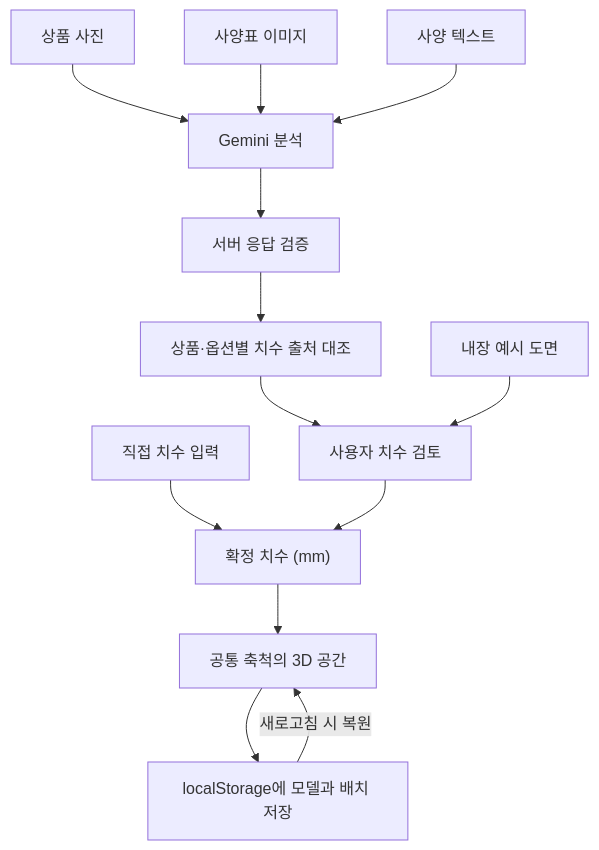
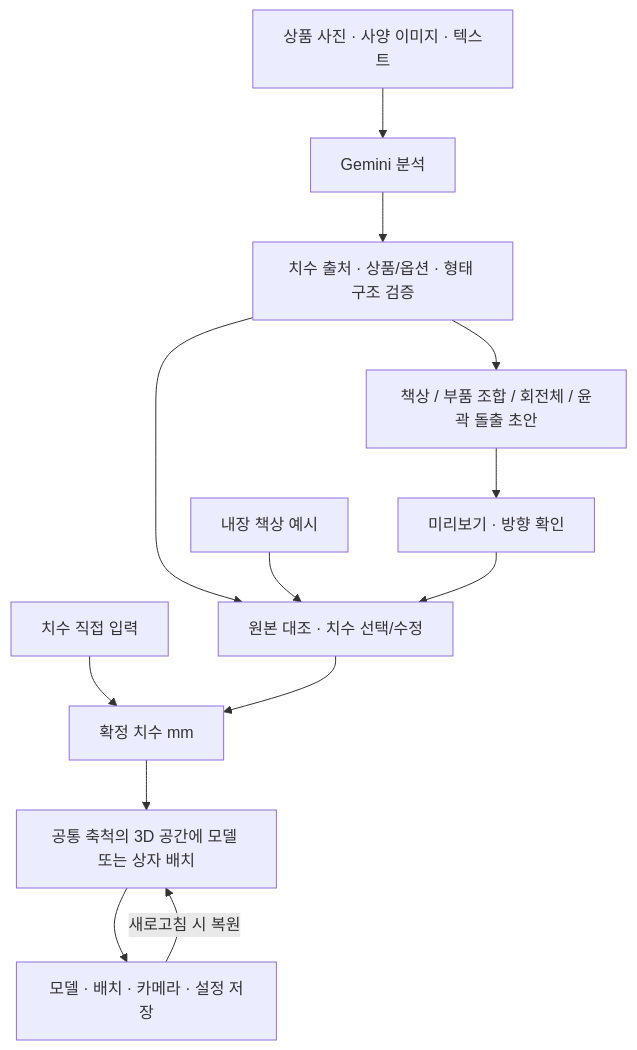
The diagram in README.md (pjb0318/NoRuler), drawn with Mermaid before and after one commit. The commit also changed other lines of this file and 9 other files, not shown here.

````diff
--- a/README.md
+++ b/README.md
@@ -129,15 +144,15 @@
 ```mermaid
 flowchart TD
-    photo["상품 사진"] --> gemini["Gemini 분석"]
-    specImage["사양표 이미지"] --> gemini
-    specText["사양 텍스트"] --> gemini
-    gemini --> validation["서버 응답 검증"]
-    validation --> reconcile["상품·옵션별 치수 출처 대조"]
-    reconcile --> review["사용자 치수 검토"]
-    example["내장 예시 도면"] --> review
-    direct["직접 치수 입력"] --> dimensions["확정 치수 (mm)"]
+    sources["상품 사진 · 사양 이미지 · 텍스트"] --> gemini["Gemini 분석"]
+    gemini --> validation["치수 출처 · 상품/옵션 · 형태 구조 검증"]
+    validation --> review["원본 대조 · 치수 선택/수정"]
+    example["내장 책상 예시"] --> review
+    validation --> draft["책상 / 부품 조합 / 회전체 / 윤곽 돌출 초안"]
+    draft --> preview["미리보기 · 방향 확인"]
+    preview --> review
+    direct["치수 직접 입력"] --> dimensions["확정 치수 mm"]
     review --> dimensions
-    dimensions --> scene["공통 축척의 3D 공간"]
-    scene --> storage["localStorage에 모델과 배치 저장"]
+    dimensions --> scene["공통 축척의 3D 공간에 모델 또는 상자 배치"]
+    scene --> storage["모델 · 배치 · 카메라 · 설정 저장"]
     storage -->|"새로고침 시 복원"| scene
 ```
````
